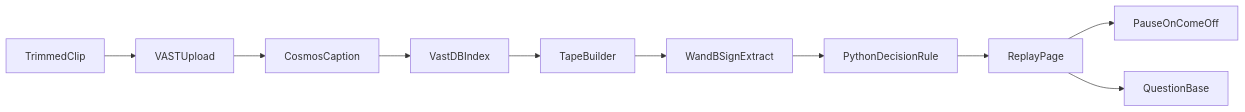
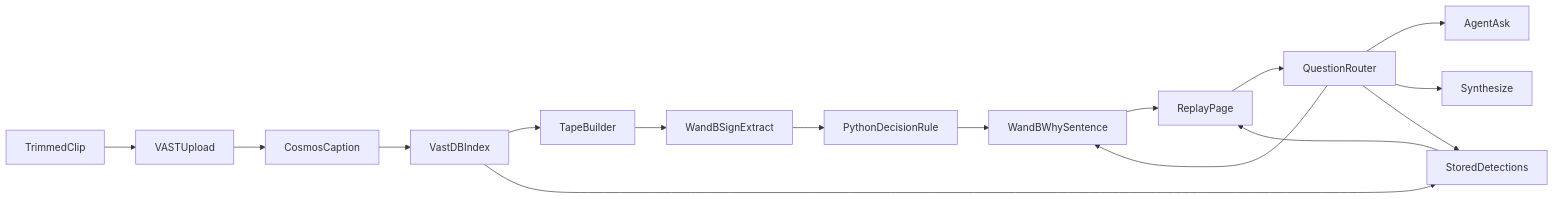
Before and after one commit to yousuf-shahzad/team-45-vast-builders-challenge-2026: the diagram in docs/OFF_ICE_FLAG_SPEC.md, drawn with Mermaid. The commit also changed other lines of this file and 15 other files, not shown here.

````diff
--- a/docs/OFF_ICE_FLAG_SPEC.md
+++ b/docs/OFF_ICE_FLAG_SPEC.md
@@ -38,12 +40,18 @@
 ```mermaid
 flowchart LR
   clip[TrimmedClip] --> upload[VASTUpload]
   upload --> cosmos[CosmosCaption]
   cosmos --> index[VastDBIndex]
   index --> tape[TapeBuilder]
-  tape --> wandb[WandBSignExtract]
-  wandb --> rule[PythonDecisionRule]
-  rule --> page[ReplayPage]
-  page --> pause[PauseOnComeOff]
-  page --> ask[QuestionBase]
+  tape --> wandbSigns[WandBSignExtract]
+  wandbSigns --> rule[PythonDecisionRule]
+  rule --> phrase[WandBWhySentence]
+  index --> yolo[StoredDetections]
+  phrase --> page[ReplayPage]
+  yolo --> page
+  page --> ask[QuestionRouter]
+  ask --> phrase
+  ask --> agentAsk[AgentAsk]
+  ask --> synth[Synthesize]
+  ask --> yolo
 ```
````
